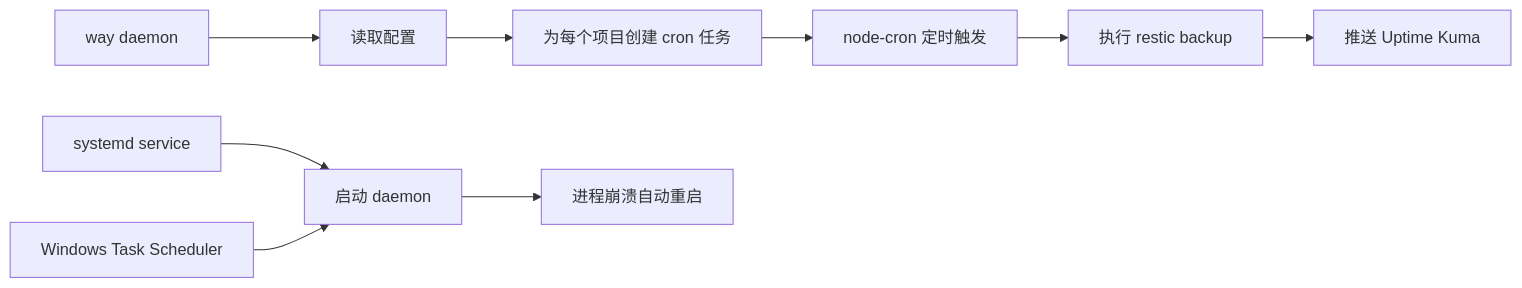
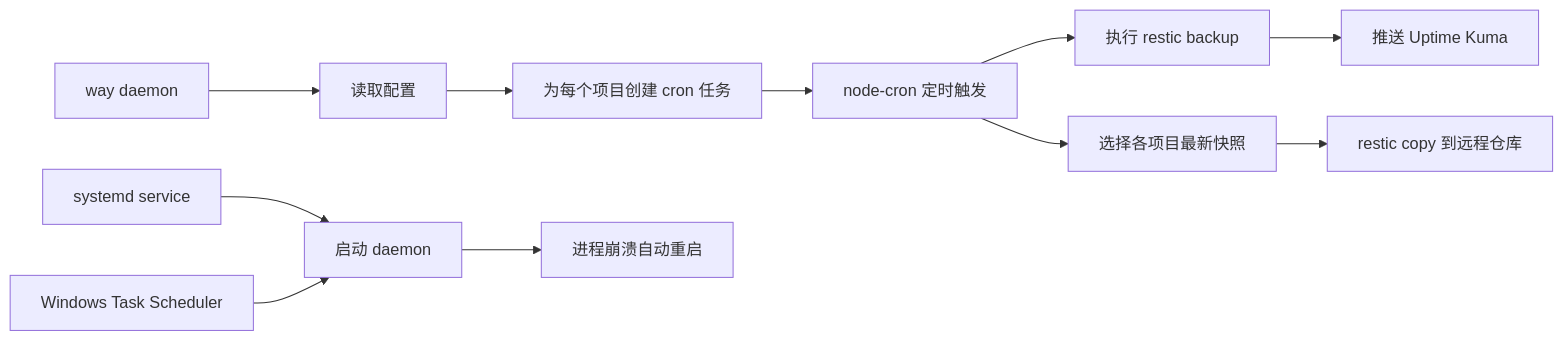
One commit to shellus/way changed the diagram in README.md. Above: the diagram before and after it, drawn with Mermaid. The commit also changed other lines of this file and 11 other files, not shown here.

````diff
--- a/README.md
+++ b/README.md
@@ -201,12 +204,14 @@
 ```mermaid
 graph LR
     A[way daemon] --> B[读取配置]
     B --> C[为每个项目创建 cron 任务]
     C --> D[node-cron 定时触发]
     D --> E[执行 restic backup]
     E --> F[推送 Uptime Kuma]
+    D --> K[选择各项目最新快照]
+    K --> L[restic copy 到远程仓库]
 
     G[systemd service] --> H[启动 daemon]
     H --> I[进程崩溃自动重启]
     J[Windows Task Scheduler] --> H
 ```
````
